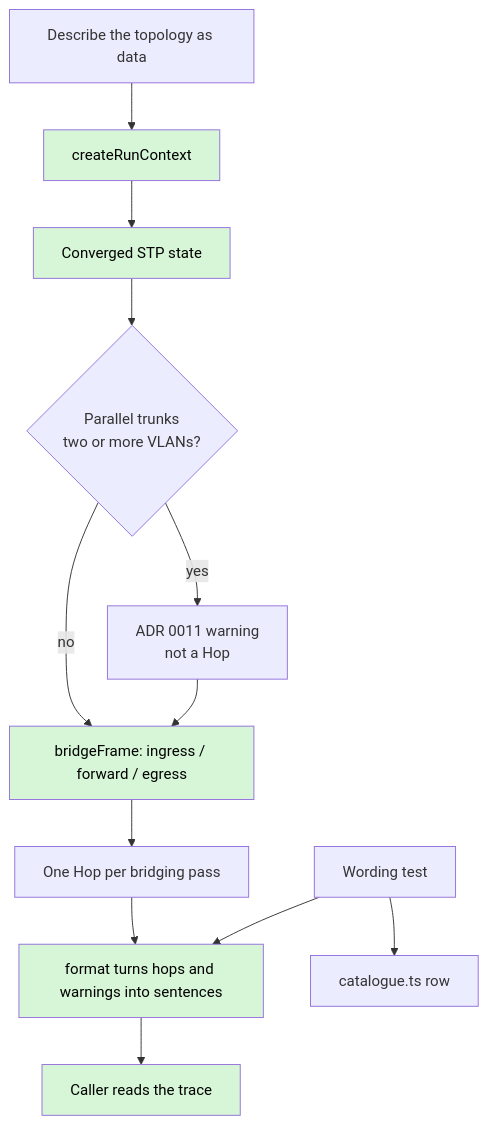
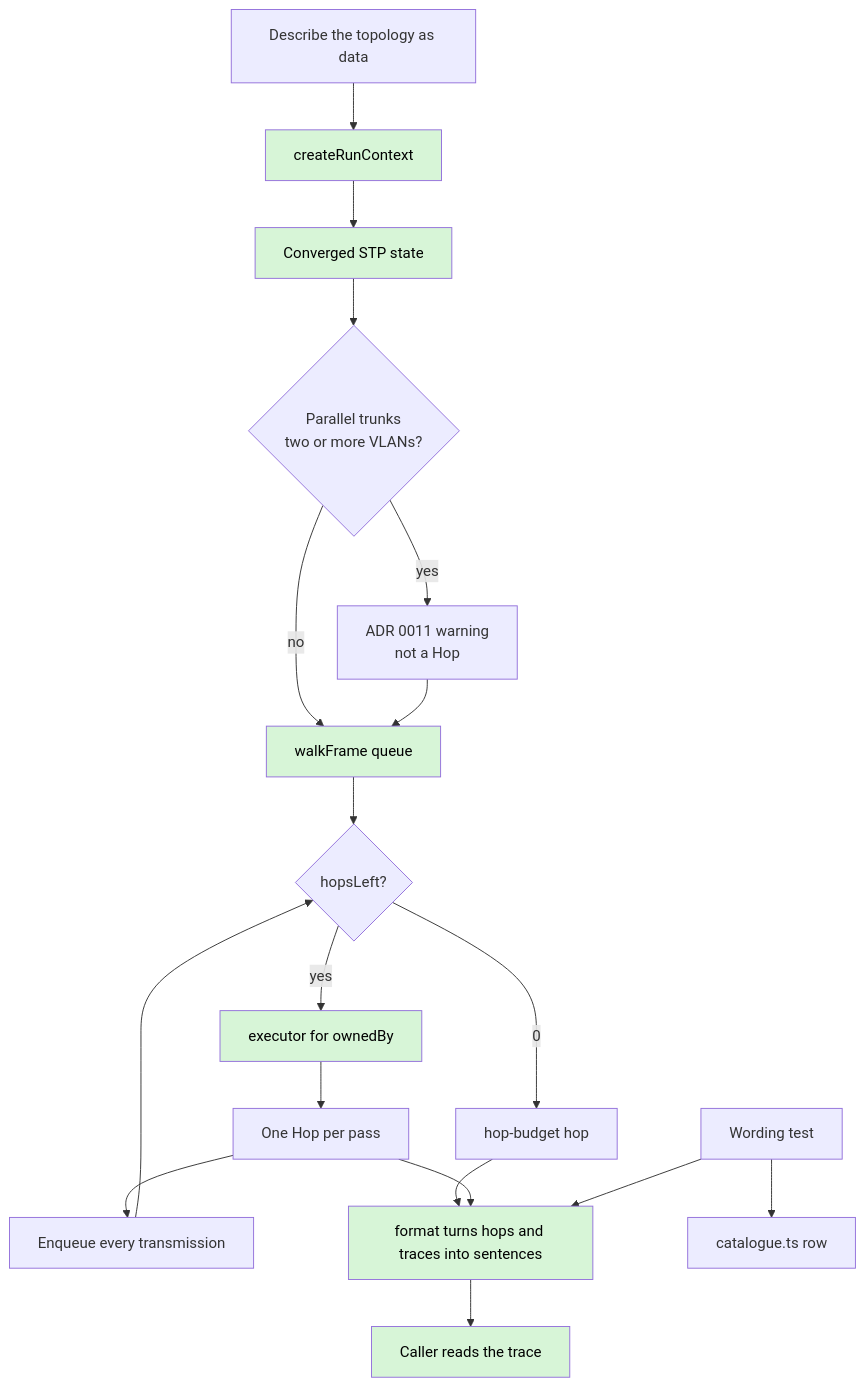
Before and after one commit to alanfong93/network-sandbox: the diagram in docs/system_flow.md, drawn with Mermaid. The commit also changed other lines of this file and 9 other files, not shown here.

First line of the commit message:
feat: topology walk, flooding and the hop budget (#15)

````diff
--- a/docs/system_flow.md
+++ b/docs/system_flow.md
@@ -7,19 +8,26 @@
 ```mermaid
 flowchart TD
     A[Describe the topology as data] --> C[createRunContext]
     C --> D[Converged STP state]
     D --> W{Parallel trunks<br>two or more VLANs?}
     W -->|yes| X[ADR 0011 warning<br>not a Hop]
-    W -->|no| E[bridgeFrame: ingress / forward / egress]
-    X --> E
-    E --> F[One Hop per bridging pass]
-    F --> G[format turns hops and warnings into sentences]
+    W -->|no| Q[walkFrame queue]
+    X --> Q
+    Q --> B{hopsLeft?}
+    B -->|0| Z[hop-budget hop]
+    B -->|yes| E[executor for ownedBy]
+    E --> F[One Hop per pass]
+    F --> T[Enqueue every transmission]
+    T --> B
+    Z --> G[format turns hops and traces into sentences]
+    F --> G
     G --> H[Caller reads the trace]
     I[Wording test] --> G
     I --> J[catalogue.ts row]
     style C fill:#d7f5d7,color:#000
     style D fill:#d7f5d7,color:#000
     style E fill:#d7f5d7,color:#000
+    style Q fill:#d7f5d7,color:#000
     style G fill:#d7f5d7,color:#000
     style H fill:#d7f5d7,color:#000
 ```
````
